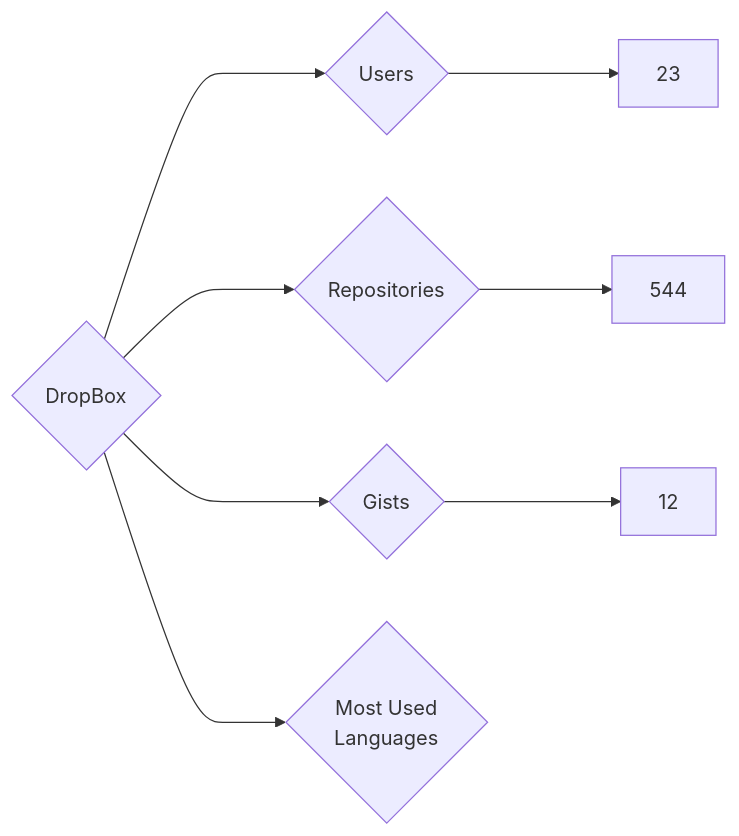
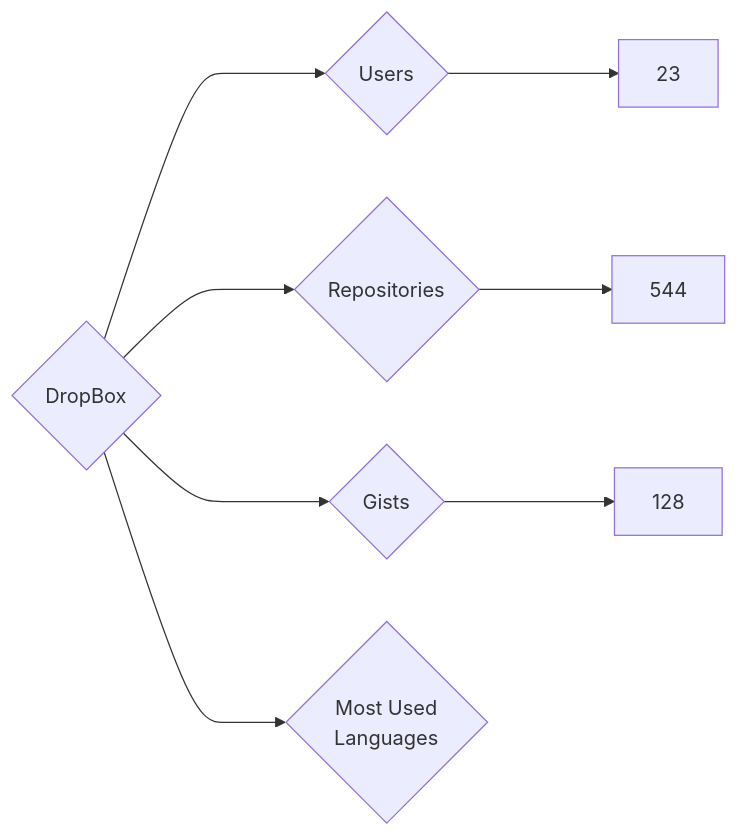
One commit to nenadzaric/insiders changed the diagram in targets/DropBox/README.md. Above: the diagram before and after it, drawn with Mermaid. The commit also changed 1342 other files, not shown here.

````diff
--- a/targets/DropBox/README.md
+++ b/targets/DropBox/README.md
@@ -3,8 +3,8 @@
 ```mermaid
 graph LR
 COMPANY_NAME{DropBox}
 COMPANY_NAME ---> U{Users} ---> UN[23]
 COMPANY_NAME ---> R{Repositories} ---> RN[544]
-COMPANY_NAME ---> G{Gists} ---> GN[12]
+COMPANY_NAME ---> G{Gists} ---> GN[128]
 COMPANY_NAME ---> ML{Most Used<br>Languages}
 ```
````
